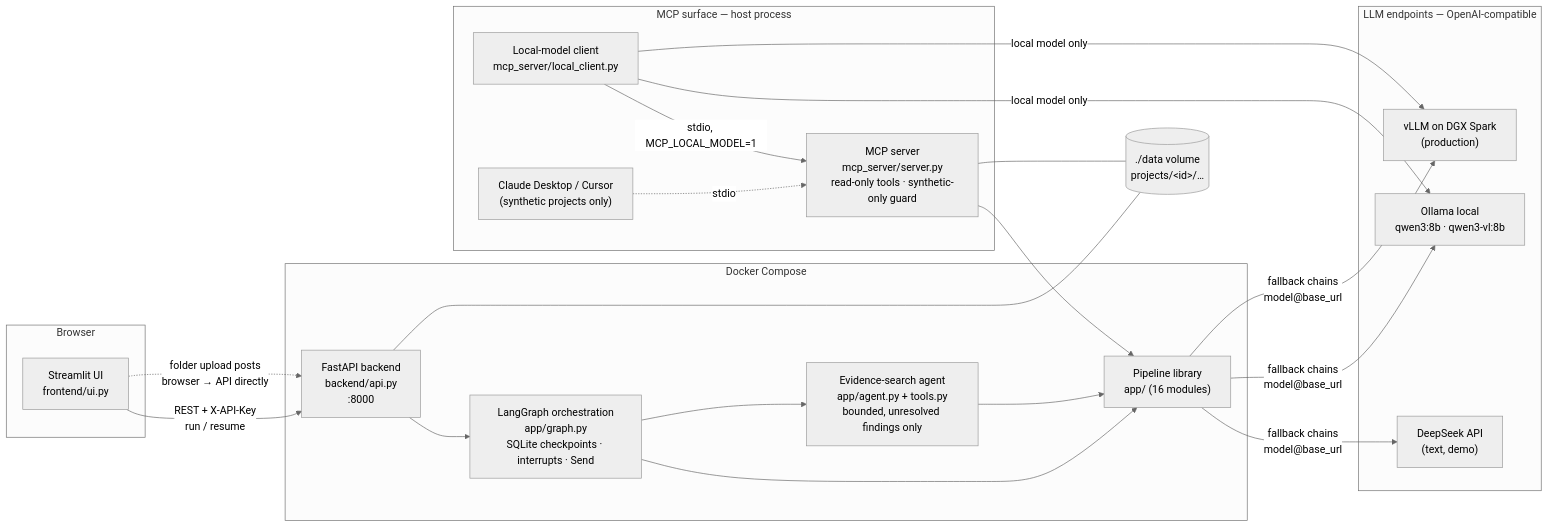
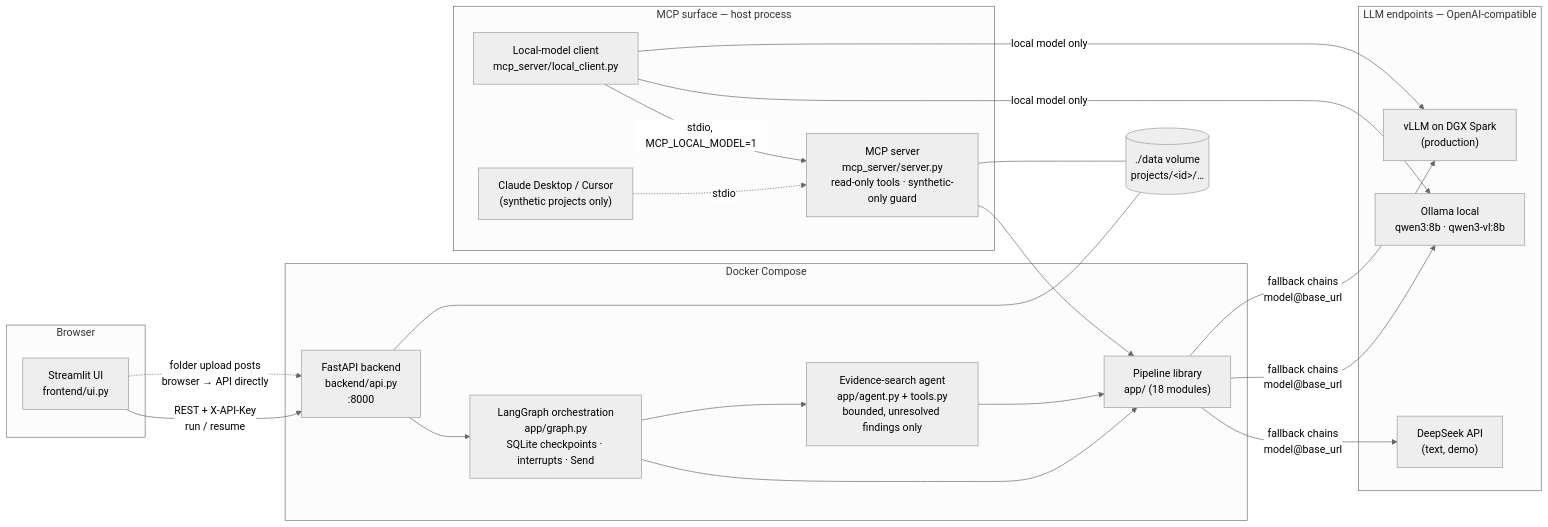
One commit to tender-eval-ai/tender-evaluation-assistant changed the diagram in docs/detailed_specification.md. Above: the diagram before and after it, drawn with Mermaid (neutral theme). The commit also changed other lines of this file and 18 other files, not shown here.

````diff
--- a/docs/detailed_specification.md
+++ b/docs/detailed_specification.md
@@ -56,33 +56,33 @@
 ```mermaid
 flowchart LR
     subgraph browser [Browser]
       UI["Streamlit UI<br/>frontend/ui.py"]
     end
     subgraph docker [Docker Compose]
       API["FastAPI backend<br/>backend/api.py<br/>:8000"]
       GRAPH["LangGraph orchestration<br/>app/graph.py<br/>SQLite checkpoints · interrupts · Send"]
-      LIB["Pipeline library<br/>app/ (16 modules)"]
+      LIB["Pipeline library<br/>app/ (18 modules)"]
       AGENT["Evidence-search agent<br/>app/agent.py + tools.py<br/>bounded, unresolved findings only"]
     end
     subgraph mcp [MCP surface — host process]
       MCPS["MCP server<br/>mcp_server/server.py<br/>read-only tools · synthetic-only guard"]
       LC["Local-model client<br/>mcp_server/local_client.py"]
       CD["Claude Desktop / Cursor<br/>(synthetic projects only)"]
     end
     subgraph llm [LLM endpoints — OpenAI-compatible]
       DS["DeepSeek API<br/>(text, demo)"]
       OL["Ollama local<br/>qwen3:8b · qwen3-vl:8b"]
       VL["vLLM on DGX Spark<br/>(production)"]
     end
     UI -- "REST + X-API-Key<br/>run / resume" --> API
     UI -. "folder upload posts<br/>browser → API directly" .-> API
     API --> GRAPH --> LIB
     GRAPH --> AGENT --> LIB
     LIB -- "fallback chains<br/>model@base_url" --> DS & OL & VL
     API --- DATA[("./data volume<br/>projects/&lt;id&gt;/…")]
     LC -- "stdio, MCP_LOCAL_MODEL=1" --> MCPS
     CD -. "stdio" .-> MCPS
     MCPS --> LIB
     MCPS --- DATA
     LC -- "local model only" --> OL & VL
 ```
````
